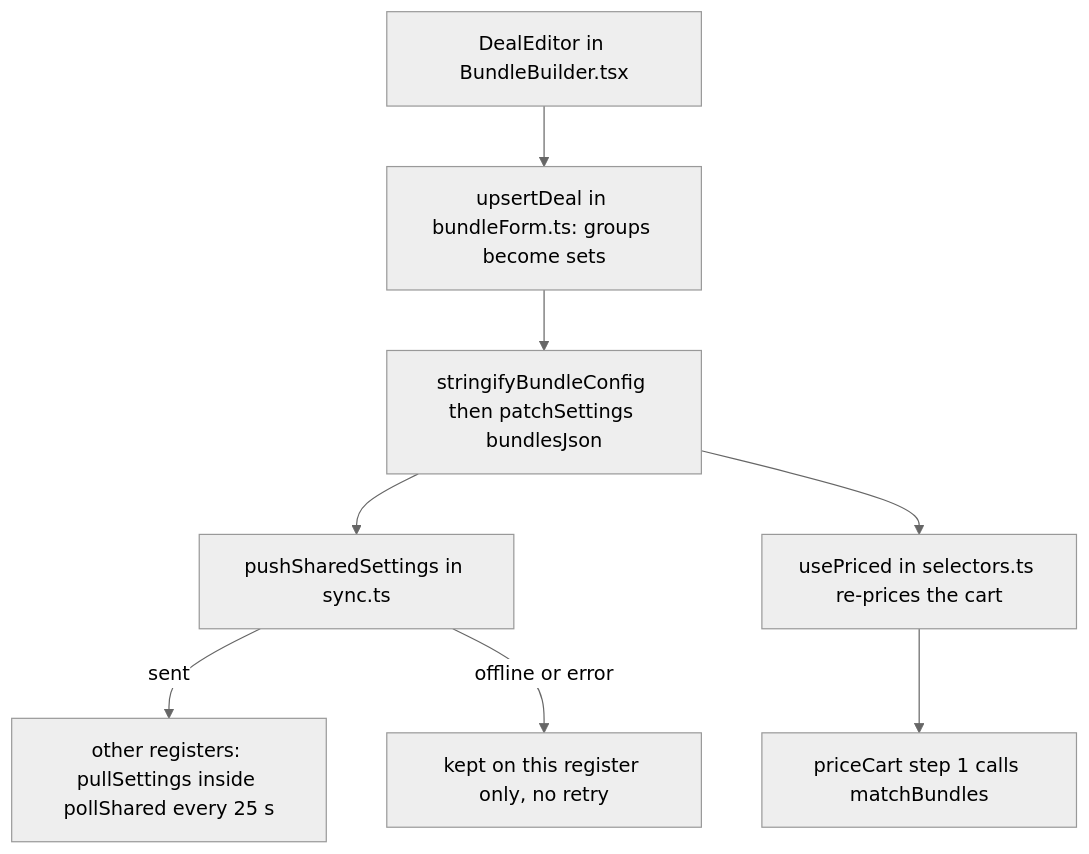
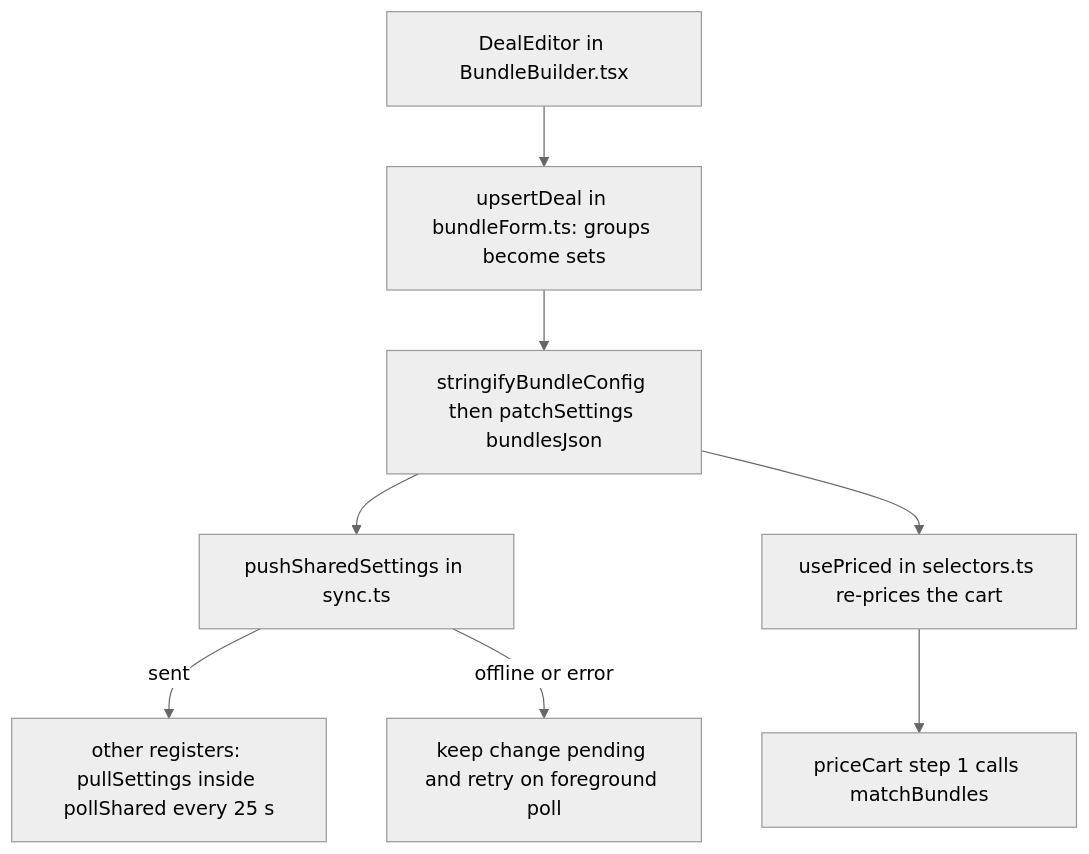
The first of 2 diagrams in help/sales/bundles.md (Kousei-Uchu/aidens3dp-pos), drawn with Mermaid (neutral theme) before and after one commit. The commit also changed other lines of this file and 60 other files, not shown here.

````diff
--- a/help/sales/bundles.md
+++ b/help/sales/bundles.md
@@ -96,10 +96,10 @@
 ```mermaid
 flowchart TD
   A[DealEditor in BundleBuilder.tsx] --> B[upsertDeal in bundleForm.ts: groups become sets]
   B --> C[stringifyBundleConfig then patchSettings bundlesJson]
   C --> D[pushSharedSettings in sync.ts]
   D -->|sent| E[other registers: pullSettings inside pollShared every 25 s]
-  D -->|offline or error| F[kept on this register only, no retry]
+  D -->|offline or error| F[keep change pending and retry on foreground poll]
   C --> G[usePriced in selectors.ts re-prices the cart]
   G --> H[priceCart step 1 calls matchBundles]
 ```
````
